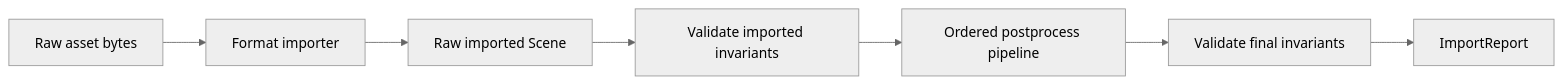
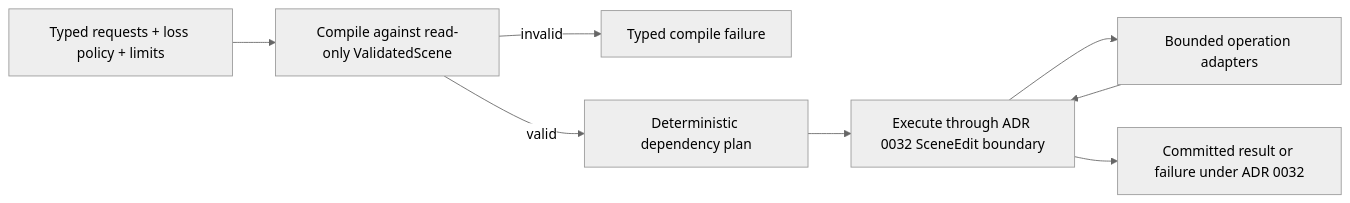
One commit to Latias94/baozi changed the first of 2 diagrams in docs/adr/0013-post-process-pipeline-semantics-presets-and-mutation-model.md. Above: the diagram before and after it, drawn with Mermaid (neutral theme). The commit also changed other lines of this file and 86 other files, not shown here.

First line of the commit message:
feat(architecture): establish canonical contract authority

````diff
--- a/docs/adr/0013-post-process-pipeline-semantics-presets-and-mutation-model.md
+++ b/docs/adr/0013-post-process-pipeline-semantics-presets-and-mutation-model.md
@@ -34,9 +96,10 @@
 ```mermaid
 flowchart LR
-    RawBytes[Raw asset bytes] --> Importer[Format importer]
-    Importer --> RawScene[Raw imported Scene]
-    RawScene --> Validate0[Validate imported invariants]
-    Validate0 --> Pipeline[Ordered postprocess pipeline]
-    Pipeline --> ValidateN[Validate final invariants]
-    ValidateN --> Report[ImportReport]
+    Request[Typed requests + loss policy + limits] --> Compile[Compile against read-only ValidatedScene]
+    Compile -->|invalid| CompileFailure[Typed compile failure]
+    Compile -->|valid| Plan[Deterministic dependency plan]
+    Plan --> Edit[Execute through ADR 0032 SceneEdit boundary]
+    Edit --> Steps[Bounded operation adapters]
+    Steps --> Edit
+    Edit --> Outcome[Committed result or failure under ADR 0032]
 ```
````
